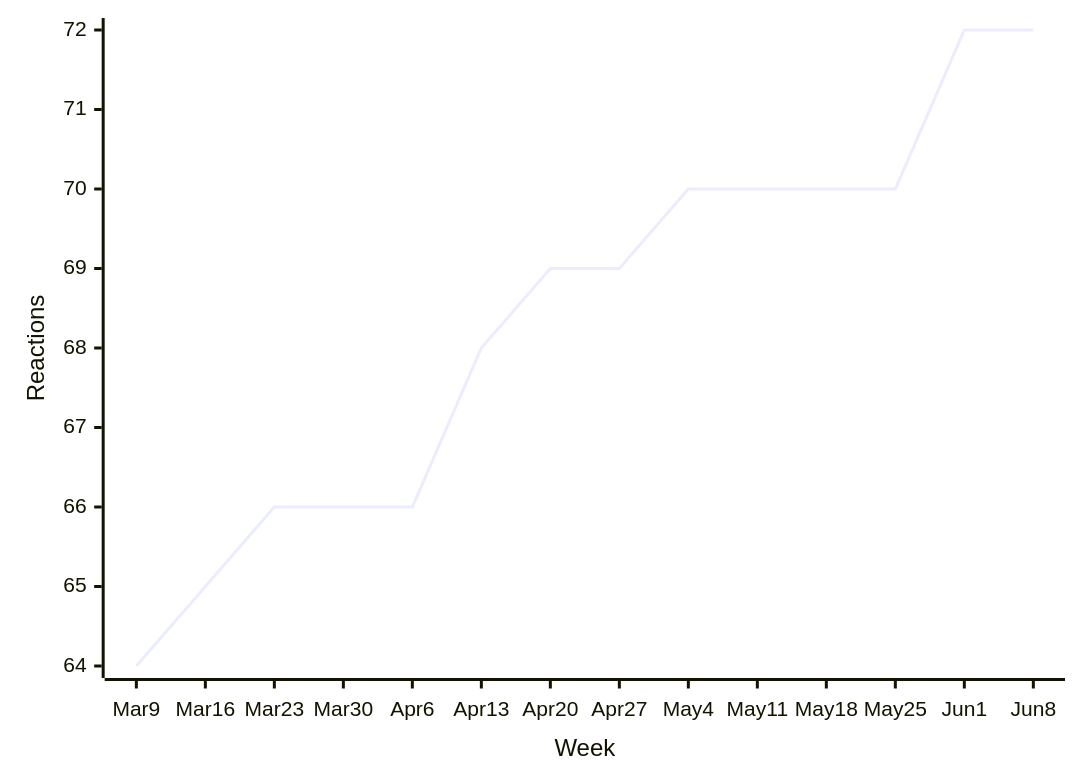
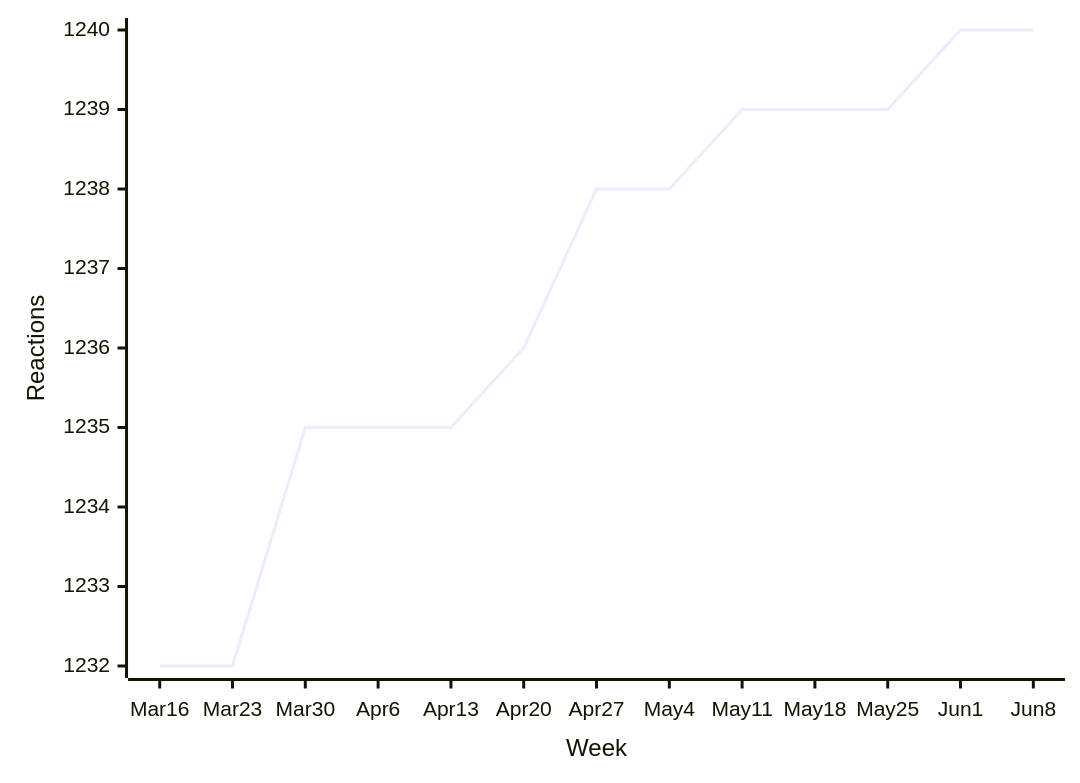
Before and after one commit to loic-sharma/github-insights: diagram 15 of 45 in README.md, drawn with Mermaid. The commit also changed other lines of this file and 3 other files, not shown here.

````diff
--- a/README.md
+++ b/README.md
@@ -577,6 +577,6 @@
   ```mermaid
   xychart-beta
-    x-axis "Week" [Mar 9, Mar 16, Mar 23, Mar 30, Apr 6, Apr 13, Apr 20, Apr 27, May 4, May 11, May 18, May 25, Jun 1, Jun 8]
+    x-axis "Week" [Mar 16, Mar 23, Mar 30, Apr 6, Apr 13, Apr 20, Apr 27, May 4, May 11, May 18, May 25, Jun 1, Jun 8]
     y-axis "Reactions"
-    line [64, 65, 66, 66, 66, 68, 69, 69, 70, 70, 70, 70, 72, 72]
+    line [1232, 1232, 1235, 1235, 1235, 1236, 1238, 1238, 1239, 1239, 1239, 1240, 1240]
   ```
````
